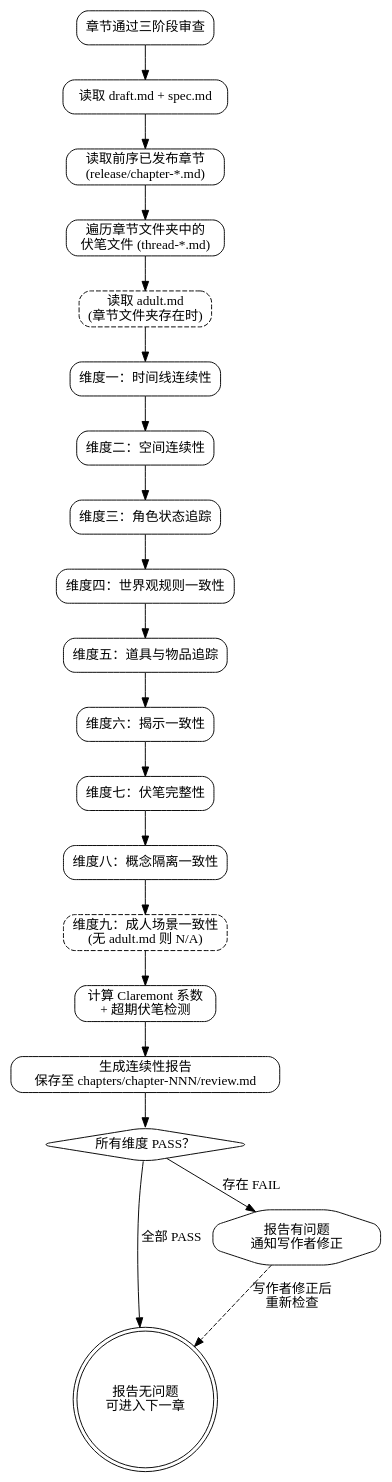
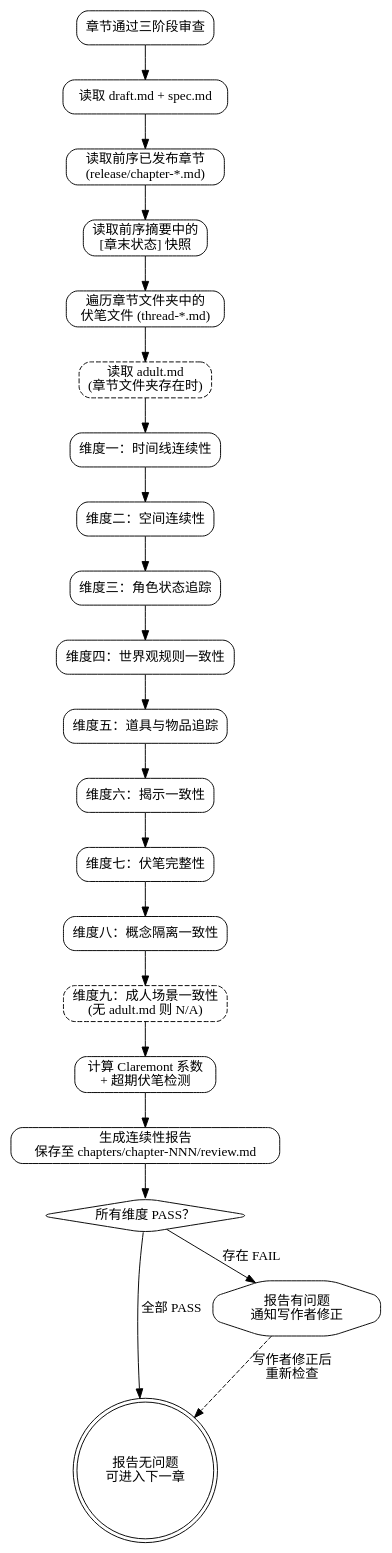
The first of 3 diagrams in skills/dp-review-consistency/SKILL.md (skyfiredao/dreampowers), drawn with Graphviz before and after one commit. The commit also changed other lines of this file and 6 other files, not shown here.

````diff
--- a/skills/dp-review-consistency/SKILL.md
+++ b/skills/dp-review-consistency/SKILL.md
@@ -229,38 +233,39 @@
 ```dot
 digraph continuity_checking {
     rankdir=TB;
     node [shape=box, style=rounded, fontname="PingFang SC"];
 
     start [label="章节通过三阶段审查"];
     read_draft [label="读取 draft.md + spec.md"];
     read_prev [label="读取前序已发布章节\n(release/chapter-*.md)"];
+    read_state [label="读取前序摘要中的\n[章末状态] 快照"];
     read_tracking [label="遍历章节文件夹中的\n伏笔文件 (thread-*.md)"];
     read_adult [label="读取 adult.md\n(章节文件夹存在时)" shape=box style="rounded,dashed"];
 
     d1 [label="维度一：时间线连续性"];
     d2 [label="维度二：空间连续性"];
     d3 [label="维度三：角色状态追踪"];
     d4 [label="维度四：世界观规则一致性"];
     d5 [label="维度五：道具与物品追踪"];
     d6 [label="维度六：揭示一致性"];
     d7 [label="维度七：伏笔完整性"];
     d8 [label="维度八：概念隔离一致性"];
     d9 [label="维度九：成人场景一致性\n(无 adult.md 则 N/A)" style="rounded,dashed"];
 
     cc [label="计算 Claremont 系数\n+ 超期伏笔检测"];
     report [label="生成连续性报告\n保存至 chapters/chapter-NNN/review.md"];
 
     check_result [label="所有维度 PASS？" shape=diamond];
     all_pass [label="报告无问题\n可进入下一章" shape=doublecircle];
     has_fail [label="报告有问题\n通知写作者修正" shape=octagon];
 
-    start -> read_draft -> read_prev -> read_tracking -> read_adult;
+    start -> read_draft -> read_prev -> read_state -> read_tracking -> read_adult;
     read_adult -> d1 -> d2 -> d3 -> d4 -> d5 -> d6 -> d7;
     d7 -> d8 -> d9;
     d9 -> cc -> report;
     report -> check_result;
     check_result -> all_pass [label="全部 PASS"];
     check_result -> has_fail [label="存在 FAIL"];
     has_fail -> all_pass [label="写作者修正后\n重新检查", style=dashed];
 }
 ```
````
